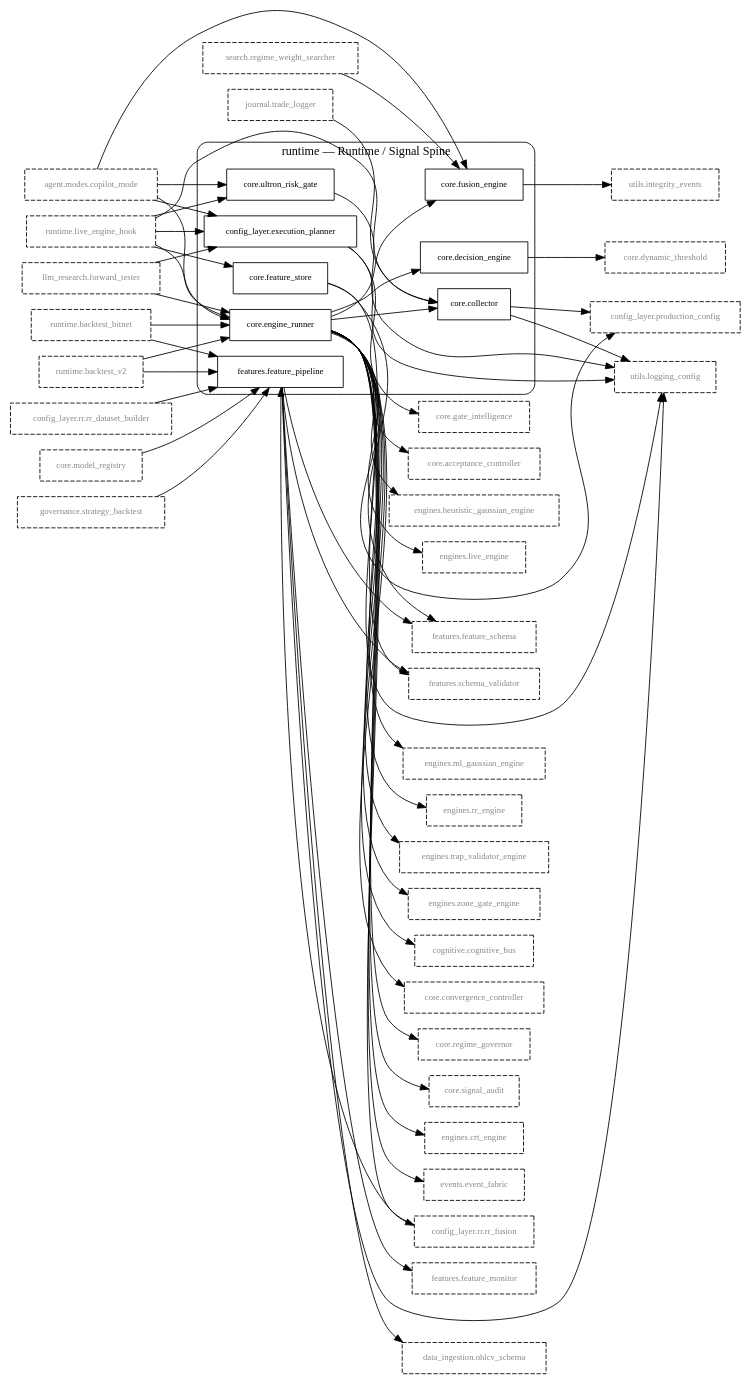
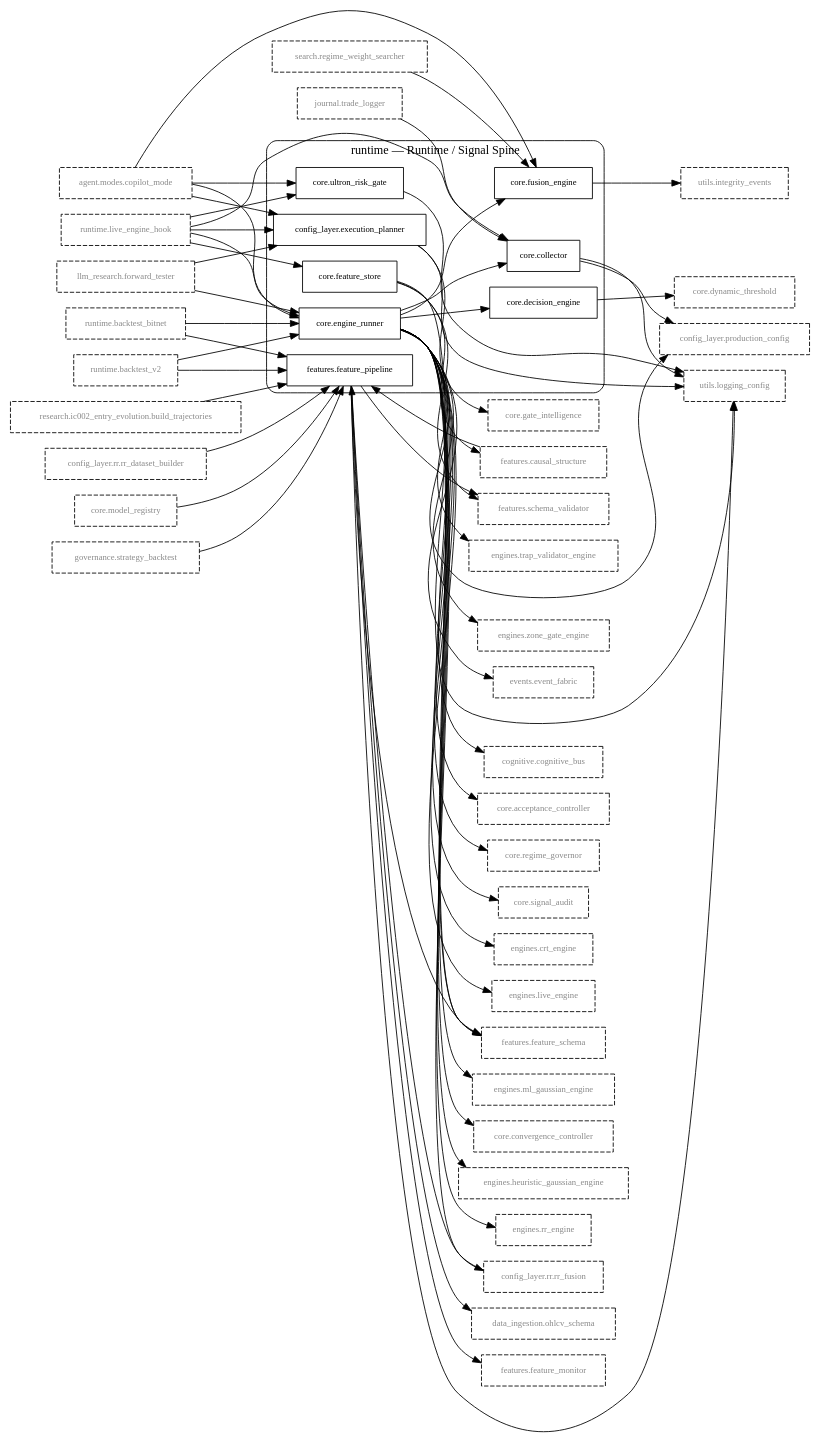
The diagram in flow_graphs/runtime.dot (Chaithu1995-0312/TradeHlt), drawn with Graphviz before and after one commit. The commit also changed 159 other files, not shown here.

```diff
--- a/flow_graphs/runtime.dot
+++ b/flow_graphs/runtime.dot
@@ -1,109 +1,115 @@
 digraph flow_runtime {
     rankdir=LR;
     node [shape=box, fontsize=10];
 
     subgraph "cluster_runtime" {
         label="runtime — Runtime / Signal Spine"; style="rounded";
         "config_layer.execution_planner";
         "core.collector";
         "core.decision_engine";
         "core.engine_runner";
         "core.feature_store";
         "core.fusion_engine";
         "core.ultron_risk_gate";
         "features.feature_pipeline";
     }
 
     // 1-hop dependency boundary (not flow members)
     "agent.modes.copilot_mode" [style="dashed", fontcolor="#888888"];
     "cognitive.cognitive_bus" [style="dashed", fontcolor="#888888"];
     "config_layer.production_config" [style="dashed", fontcolor="#888888"];
     "config_layer.rr.rr_dataset_builder" [style="dashed", fontcolor="#888888"];
     "config_layer.rr.rr_fusion" [style="dashed", fontcolor="#888888"];
     "core.acceptance_controller" [style="dashed", fontcolor="#888888"];
     "core.convergence_controller" [style="dashed", fontcolor="#888888"];
     "core.dynamic_threshold" [style="dashed", fontcolor="#888888"];
     "core.gate_intelligence" [style="dashed", fontcolor="#888888"];
     "core.model_registry" [style="dashed", fontcolor="#888888"];
     "core.regime_governor" [style="dashed", fontcolor="#888888"];
     "core.signal_audit" [style="dashed", fontcolor="#888888"];
     "data_ingestion.ohlcv_schema" [style="dashed", fontcolor="#888888"];
     "engines.crt_engine" [style="dashed", fontcolor="#888888"];
     "engines.heuristic_gaussian_engine" [style="dashed", fontcolor="#888888"];
     "engines.live_engine" [style="dashed", fontcolor="#888888"];
     "engines.ml_gaussian_engine" [style="dashed", fontcolor="#888888"];
     "engines.rr_engine" [style="dashed", fontcolor="#888888"];
     "engines.trap_validator_engine" [style="dashed", fontcolor="#888888"];
     "engines.zone_gate_engine" [style="dashed", fontcolor="#888888"];
     "events.event_fabric" [style="dashed", fontcolor="#888888"];
+    "features.causal_structure" [style="dashed", fontcolor="#888888"];
     "features.feature_monitor" [style="dashed", fontcolor="#888888"];
     "features.feature_schema" [style="dashed", fontcolor="#888888"];
     "features.schema_validator" [style="dashed", fontcolor="#888888"];
     "governance.strategy_backtest" [style="dashed", fontcolor="#888888"];
     "journal.trade_logger" [style="dashed", fontcolor="#888888"];
     "llm_research.forward_tester" [style="dashed", fontcolor="#888888"];
+    "research.ic002_entry_evolution.build_trajectories" [style="dashed", fontcolor="#888888"];
     "runtime.backtest_bitnet" [style="dashed", fontcolor="#888888"];
     "runtime.backtest_v2" [style="dashed", fontcolor="#888888"];
     "runtime.live_engine_hook" [style="dashed", fontcolor="#888888"];
     "search.regime_weight_searcher" [style="dashed", fontcolor="#888888"];
     "utils.integrity_events" [style="dashed", fontcolor="#888888"];
     "utils.logging_config" [style="dashed", fontcolor="#888888"];
 
     // member -> member (intra-flow dependencies)
     "core.engine_runner" -> "core.collector";
     "core.engine_runner" -> "core.decision_engine";
     "core.engine_runner" -> "core.fusion_engine";
 
     // boundary dependencies (one endpoint outside the flow)
     "agent.modes.copilot_mode" -> "config_layer.execution_planner";
     "agent.modes.copilot_mode" -> "core.engine_runner";
     "agent.modes.copilot_mode" -> "core.fusion_engine";
     "agent.modes.copilot_mode" -> "core.ultron_risk_gate";
     "config_layer.execution_planner" -> "core.gate_intelligence";
     "config_layer.execution_planner" -> "utils.logging_config";
     "config_layer.rr.rr_dataset_builder" -> "features.feature_pipeline";
     "config_layer.rr.rr_fusion" -> "features.feature_pipeline";
     "core.collector" -> "config_layer.production_config";
     "core.collector" -> "utils.logging_config";
     "core.decision_engine" -> "core.dynamic_threshold";
     "core.engine_runner" -> "cognitive.cognitive_bus";
     "core.engine_runner" -> "config_layer.production_config";
     "core.engine_runner" -> "config_layer.rr.rr_fusion";
     "core.engine_runner" -> "core.acceptance_controller";
     "core.engine_runner" -> "core.convergence_controller";
     "core.engine_runner" -> "core.regime_governor";
     "core.engine_runner" -> "core.signal_audit";
     "core.engine_runner" -> "engines.crt_engine";
     "core.engine_runner" -> "engines.heuristic_gaussian_engine";
     "core.engine_runner" -> "engines.live_engine";
     "core.engine_runner" -> "engines.ml_gaussian_engine";
     "core.engine_runner" -> "engines.rr_engine";
     "core.engine_runner" -> "engines.trap_validator_engine";
     "core.engine_runner" -> "engines.zone_gate_engine";
     "core.engine_runner" -> "events.event_fabric";
+    "core.engine_runner" -> "features.feature_schema";
     "core.engine_runner" -> "utils.logging_config";
+    "core.feature_store" -> "features.causal_structure";
     "core.feature_store" -> "features.feature_schema";
     "core.feature_store" -> "features.schema_validator";
     "core.fusion_engine" -> "utils.integrity_events";
     "core.model_registry" -> "features.feature_pipeline";
     "core.ultron_risk_gate" -> "utils.logging_config";
+    "features.causal_structure" -> "features.feature_pipeline";
     "features.feature_pipeline" -> "data_ingestion.ohlcv_schema";
     "features.feature_pipeline" -> "features.feature_monitor";
     "features.feature_pipeline" -> "features.feature_schema";
     "features.feature_pipeline" -> "features.schema_validator";
     "features.feature_pipeline" -> "utils.logging_config";
     "governance.strategy_backtest" -> "features.feature_pipeline";
     "journal.trade_logger" -> "core.collector";
     "llm_research.forward_tester" -> "config_layer.execution_planner";
     "llm_research.forward_tester" -> "core.engine_runner";
+    "research.ic002_entry_evolution.build_trajectories" -> "features.feature_pipeline";
     "runtime.backtest_bitnet" -> "core.engine_runner";
     "runtime.backtest_bitnet" -> "features.feature_pipeline";
     "runtime.backtest_v2" -> "core.engine_runner";
     "runtime.backtest_v2" -> "features.feature_pipeline";
     "runtime.live_engine_hook" -> "config_layer.execution_planner";
     "runtime.live_engine_hook" -> "core.collector";
     "runtime.live_engine_hook" -> "core.engine_runner";
     "runtime.live_engine_hook" -> "core.feature_store";
     "runtime.live_engine_hook" -> "core.ultron_risk_gate";
     "search.regime_weight_searcher" -> "core.fusion_engine";
 }
```
